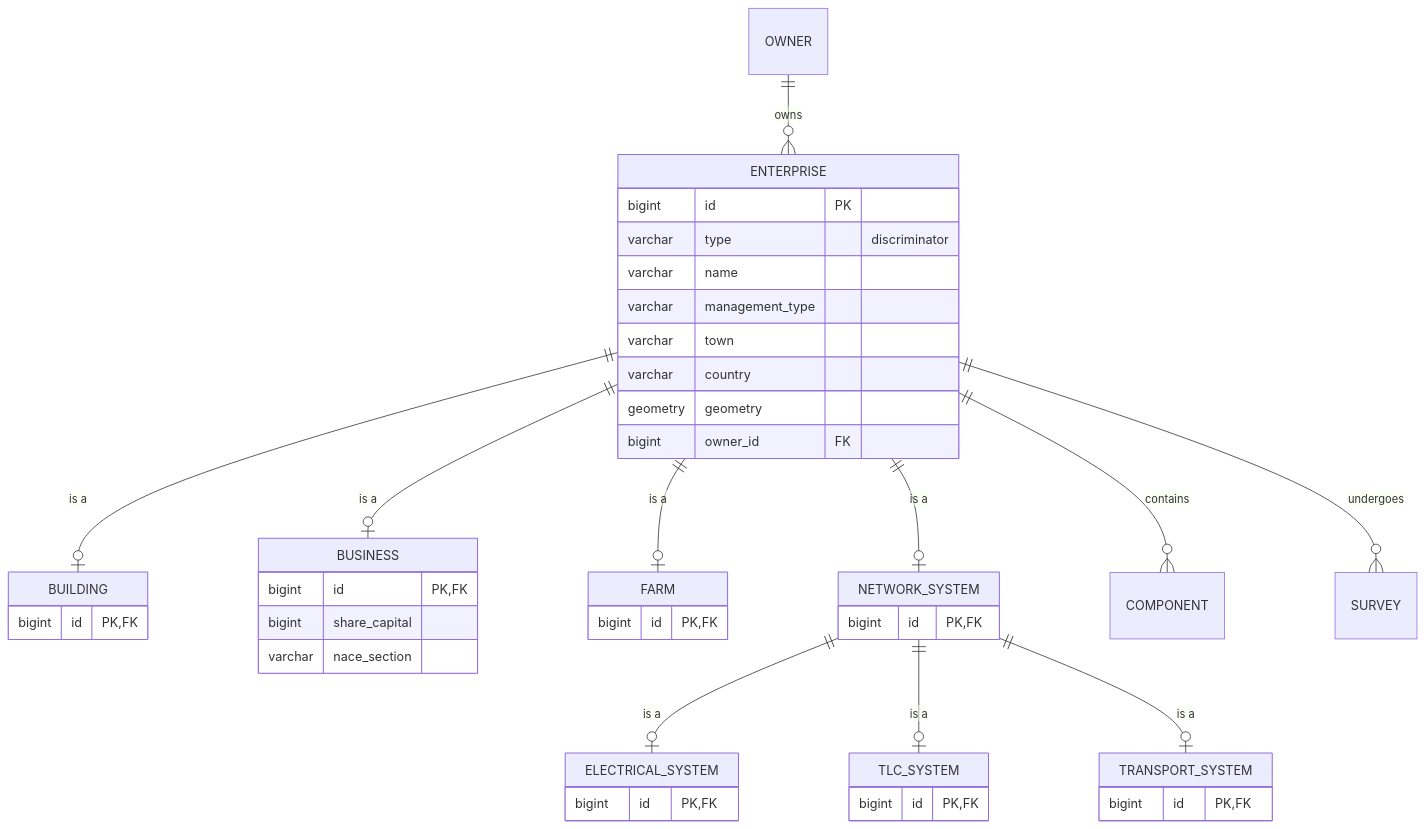
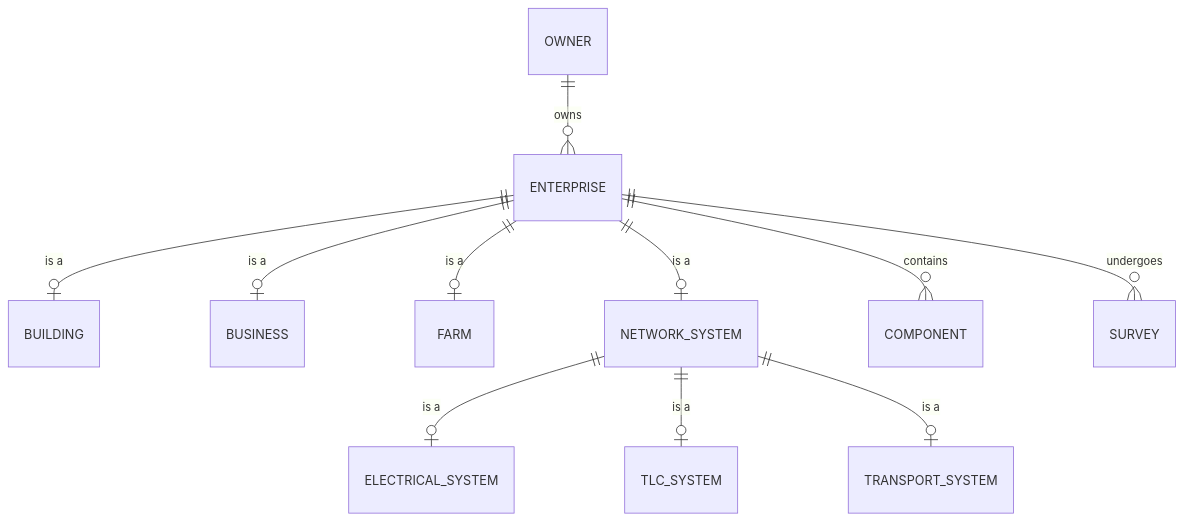
One commit to Tars4815/dictionary-demo changed the first of 3 diagrams in docs/schema_er.md. Above: the diagram before and after it, drawn with Mermaid. The commit also changed other lines of this file, not shown here.

````diff
--- a/docs/schema_er.md
+++ b/docs/schema_er.md
@@ -15,47 +15,14 @@
 ```mermaid
 erDiagram
     OWNER ||--o{ ENTERPRISE : owns
     ENTERPRISE ||--o| BUILDING : "is a"
     ENTERPRISE ||--o| BUSINESS : "is a"
     ENTERPRISE ||--o| FARM : "is a"
     ENTERPRISE ||--o| NETWORK_SYSTEM : "is a"
     NETWORK_SYSTEM ||--o| ELECTRICAL_SYSTEM : "is a"
     NETWORK_SYSTEM ||--o| TLC_SYSTEM : "is a"
     NETWORK_SYSTEM ||--o| TRANSPORT_SYSTEM : "is a"
     ENTERPRISE ||--o{ COMPONENT : contains
     ENTERPRISE ||--o{ SURVEY : undergoes
 
-    ENTERPRISE {
-        bigint id PK
-        varchar type "discriminator"
-        varchar name
-        varchar management_type
-        varchar town
-        varchar country
-        geometry geometry
-        bigint owner_id FK
-    }
-    BUSINESS {
-        bigint id PK, FK
-        bigint share_capital
-        varchar nace_section
-    }
-    BUILDING {
-        bigint id PK, FK
-    }
-    FARM {
-        bigint id PK, FK
-    }
-    NETWORK_SYSTEM {
-        bigint id PK, FK
-    }
-    ELECTRICAL_SYSTEM {
-        bigint id PK, FK
-    }
-    TLC_SYSTEM {
-        bigint id PK, FK
-    }
-    TRANSPORT_SYSTEM {
-        bigint id PK, FK
-    }
 ```
````
